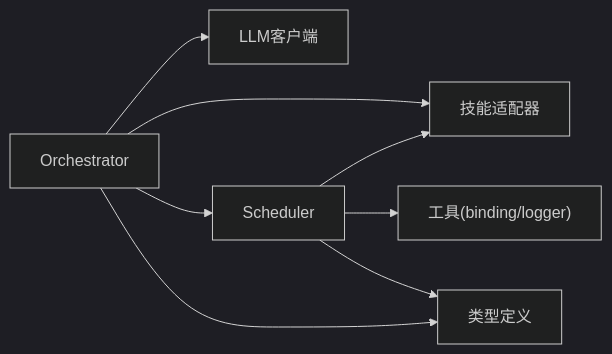
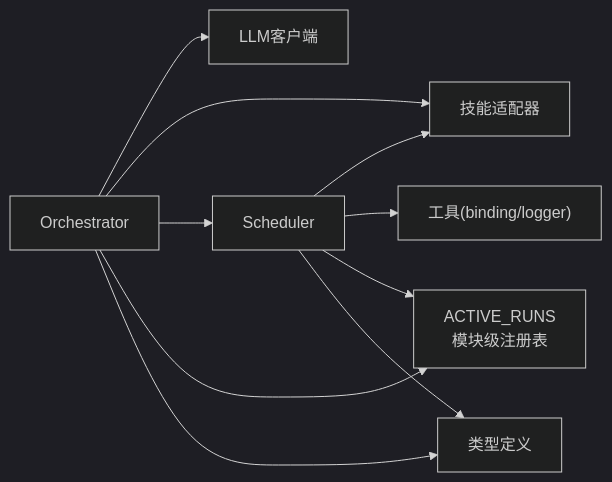
The seventh of 7 diagrams in .qoder/repowiki/zh/content/核心模块/Orchestrator编排器.md (Ichi-Hackton/WAIC-WeChat-MiniProgram), drawn with Mermaid (dark theme) before and after one commit. The commit also changed other lines of this file and 33 other files, not shown here.

````diff
--- a/.qoder/repowiki/zh/content/核心模块/Orchestrator编排器.md
+++ b/.qoder/repowiki/zh/content/核心模块/Orchestrator编排器.md
@@ -312,10 +346,12 @@
 ```mermaid
 graph LR
 O["Orchestrator"] --> LLM["LLM客户端"]
 O --> SKA["技能适配器"]
 O --> SCH["Scheduler"]
+O --> ACT["ACTIVE_RUNS<br/>模块级注册表"]
 O --> TYPES["类型定义"]
 SCH --> SKA
 SCH --> UTILS["工具(binding/logger)"]
+SCH --> ACT
 SCH --> TYPES
 ```
````
